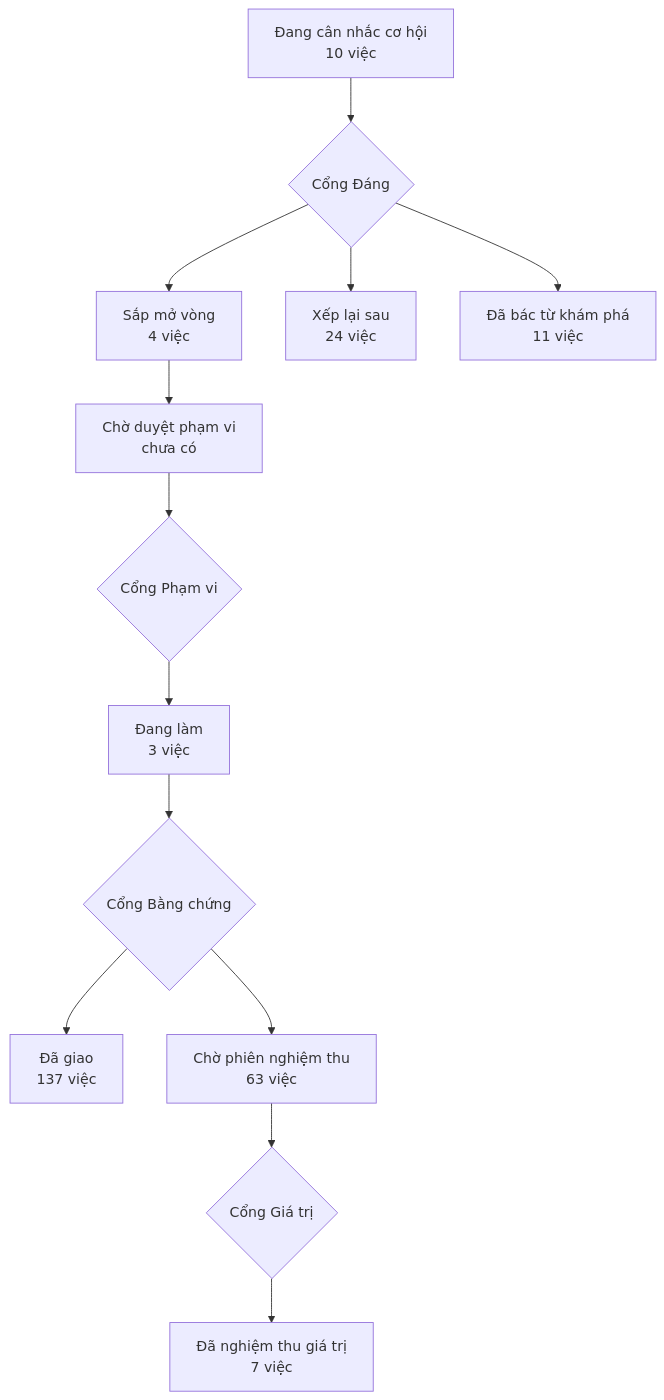
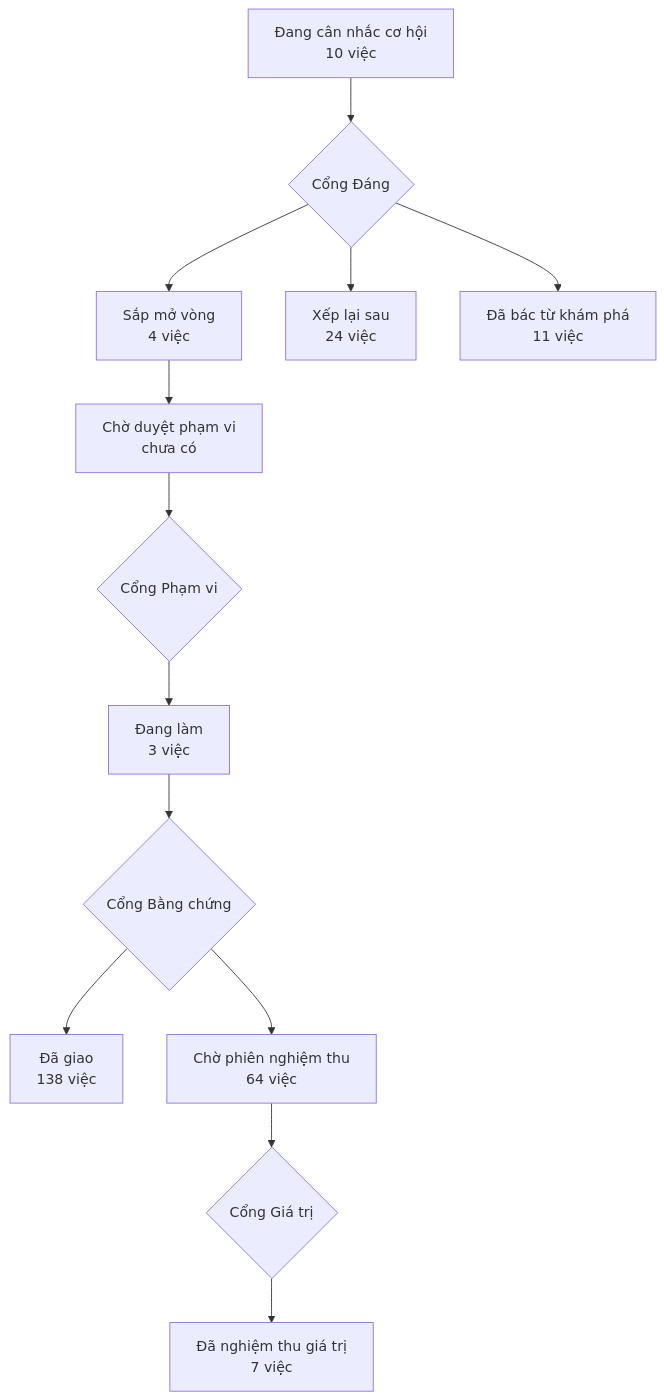
The diagram in PRODUCT-MAP.md (phanlemanh/acceptance-gate-kit), drawn with Mermaid before and after one commit. The commit also changed other lines of this file and 2 other files, not shown here.

Commit message:
chore(chi-tep-vat-keo-xet-lai): vẽ lại bản đồ sau khi gộp main; khai tệp ca vào BO-DOC-KHAI-GACH (RT13)

````diff
--- a/PRODUCT-MAP.md
+++ b/PRODUCT-MAP.md
@@ -7,12 +7,12 @@
 ```mermaid
 flowchart TD
   A["Đang cân nhắc cơ hội<br/>10 việc"] --> GD{"Cổng Đáng"}
   GD --> B["Sắp mở vòng<br/>4 việc"]
   GD --> XL["Xếp lại sau<br/>24 việc"]
   GD --> DB["Đã bác từ khám phá<br/>11 việc"]
   B --> CD["Chờ duyệt phạm vi<br/>chưa có"] --> GP{"Cổng Phạm vi"}
   GP --> DL["Đang làm<br/>3 việc"] --> GB{"Cổng Bằng chứng"}
-  GB --> DG["Đã giao<br/>137 việc"]
-  GB --> CN["Chờ phiên nghiệm thu<br/>63 việc"] --> GG{"Cổng Giá trị"}
+  GB --> DG["Đã giao<br/>138 việc"]
+  GB --> CN["Chờ phiên nghiệm thu<br/>64 việc"] --> GG{"Cổng Giá trị"}
   GG --> NT["Đã nghiệm thu giá trị<br/>7 việc"]
 ```
````
